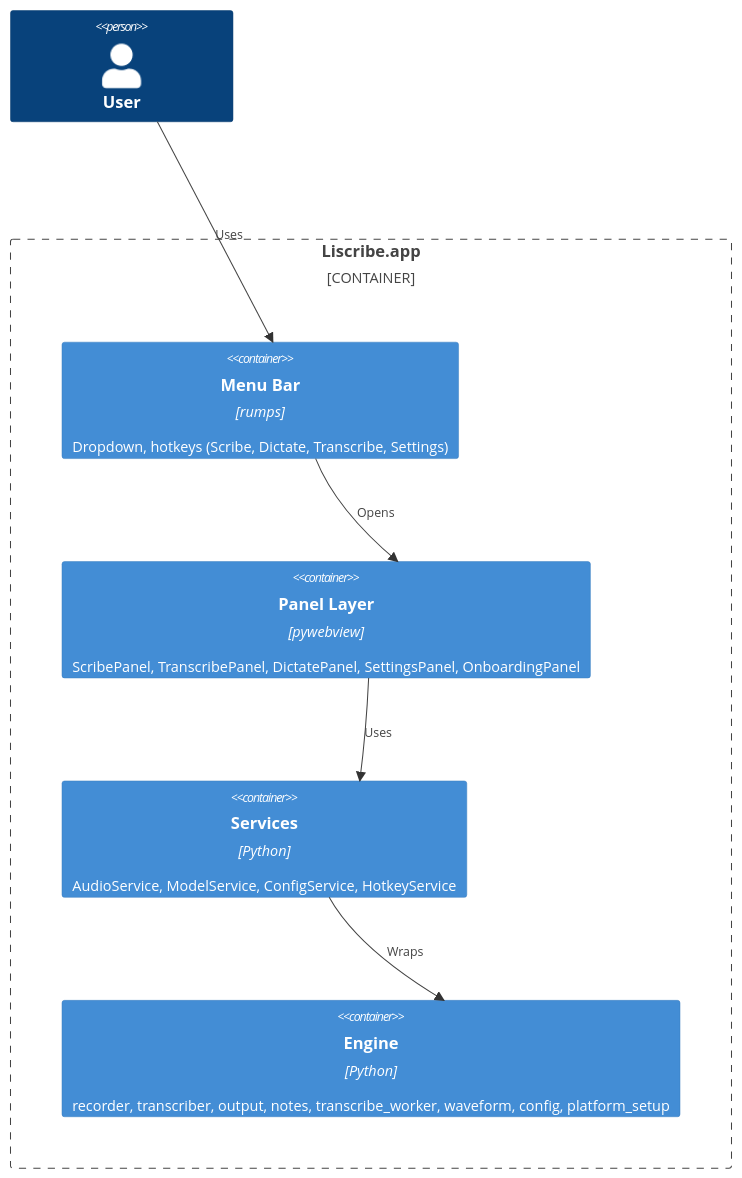
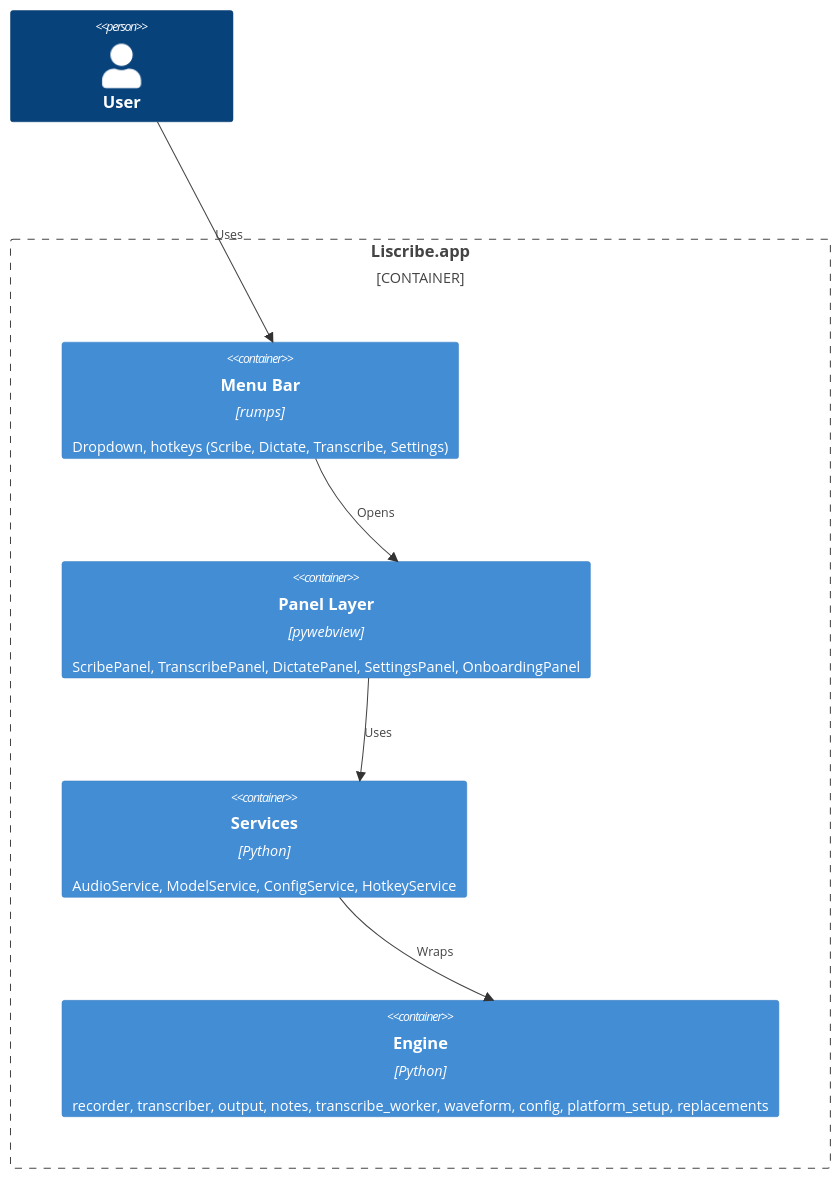
The second of 3 diagrams in docs/architecture.md (Lenniott/liscribe), drawn with Mermaid before and after one commit. The commit also changed 11 other files, not shown here.

````diff
--- a/docs/architecture.md
+++ b/docs/architecture.md
@@ -25,14 +25,14 @@
 ```mermaid
 C4Container
     Person(user, "User")
     Container_Boundary(liscribe, "Liscribe.app") {
         Container(menubar, "Menu Bar", "rumps", "Dropdown, hotkeys (Scribe, Dictate, Transcribe, Settings)")
         Container(panels, "Panel Layer", "pywebview", "ScribePanel, TranscribePanel, DictatePanel, SettingsPanel, OnboardingPanel")
         Container(services, "Services", "Python", "AudioService, ModelService, ConfigService, HotkeyService")
-        Container(engine, "Engine", "Python", "recorder, transcriber, output, notes, transcribe_worker, waveform, config, platform_setup")
+        Container(engine, "Engine", "Python", "recorder, transcriber, output, notes, transcribe_worker, waveform, config, platform_setup, replacements")
     }
     Rel(user, menubar, "Uses")
     Rel(menubar, panels, "Opens")
     Rel(panels, services, "Uses")
     Rel(services, engine, "Wraps")
 ```
````
